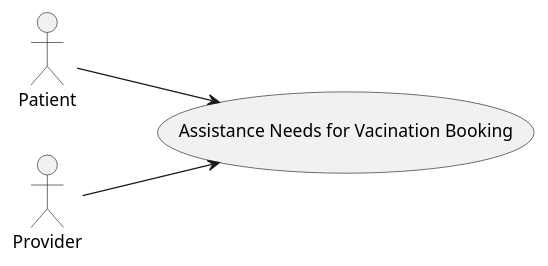
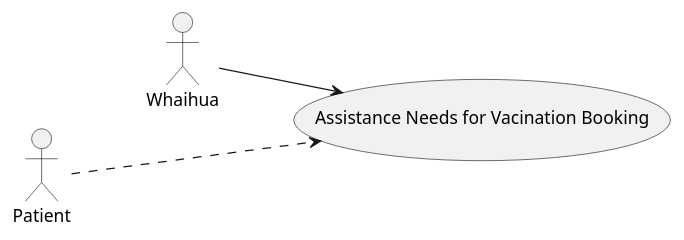
One commit to tewhatuora/fhir-patient-questionnaires changed the diagram in input/images-source/use-case.plantuml. Above: the diagram before and after it, drawn with PlantUML.

Commit message:
Whaihua as primary actor

```diff
--- a/input/images-source/use-case.plantuml
+++ b/input/images-source/use-case.plantuml
@@ -1,8 +1,8 @@
 @startuml
 
 left to right direction
 usecase "Assistance Needs for Vacination Booking" as UC1
-Patient --> (UC1)
-Provider --> (UC1)
+Whaihua --> (UC1)
+Patient ..-> (UC1)
 
 @enduml
```
